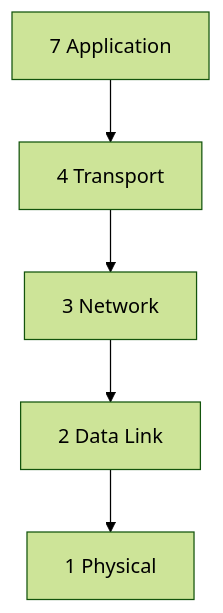
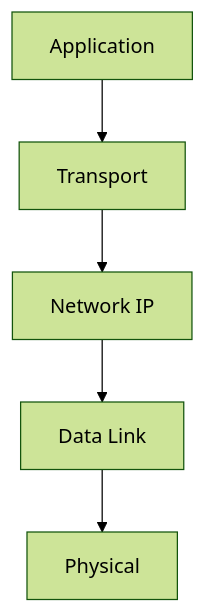
Before and after one commit to hareramcse/SystemDesign: the second of 25 diagrams in 01-networking/README.md, drawn with Mermaid (forest theme). The commit also changed other lines of this file, not shown here.

````diff
--- a/01-networking/README.md
+++ b/01-networking/README.md
@@ -123,7 +122,7 @@
 ```mermaid
 flowchart TB
-    L7[7 Application] --> L4[4 Transport]
-    L4 --> L3[3 Network]
-    L3 --> L2[2 Data Link]
-    L2 --> L1[1 Physical]
+    L7[Application] --> L4[Transport]
+    L4 --> L3[Network IP]
+    L3 --> L2[Data Link]
+    L2 --> L1[Physical]
 ```
````
